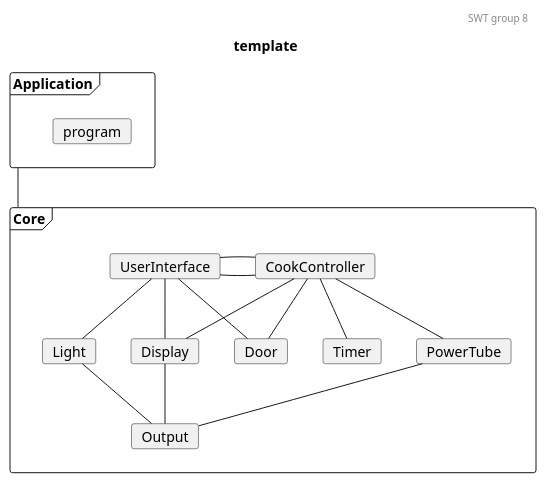
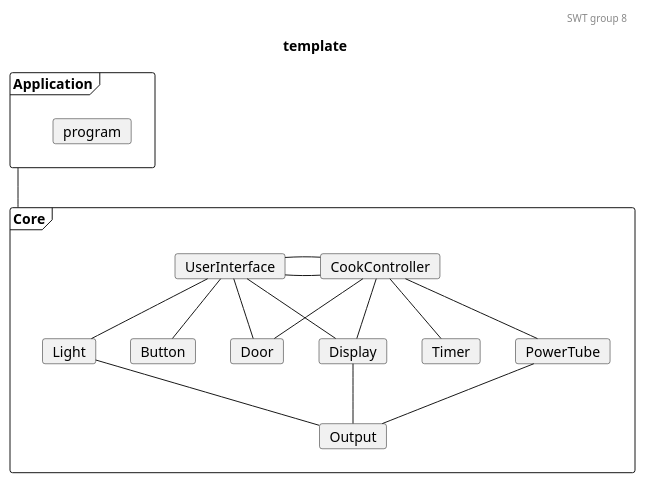
The diagram in docs/DependencyTree.plantuml (mikkel-ol/I4SWT-MicrowaveOven), drawn with PlantUML before and after one commit. The commit also changed 5 other files, not shown here.

```diff
--- a/docs/DependencyTree.plantuml
+++ b/docs/DependencyTree.plantuml
@@ -1,57 +1,59 @@
 @startuml
 
 'Testing colors:
 skinparam card{
     backgroundColor<<sut>> lawngreen
     backgroundColor<<nut>> salmon
     backgroundColor<<tested>> gold
 }
 
 header SWT group 8
 title template
 
 frame Application{
     card program
 }
 
 frame Core{
     card UserInterface
     card CookController 
 
     card Door
     card Light
     card Timer
     card PowerTube
     card Display
     card Output
+    card Button
 }
 
 'Relations projects
 ' 0. to 1.
 Application -- Core
 
 'Relations CookController:
 '1.
 CookController - UserInterface
 '1. to 2.
 CookController -- Door
 CookController -- Timer
 CookController -- PowerTube
 CookController -- Display
 
 'Relations UserInterface:
 '1.
 UserInterface - CookController
 '1. to 2.
 UserInterface -- Light
 UserInterface -- Door
 UserInterface -- Display
+UserInterface -- Button
 
 ' Relations 2. to 3.
 Light -- Output
 Display -- Output
 PowerTube -- Output
 
 
 
 @enduml
```
